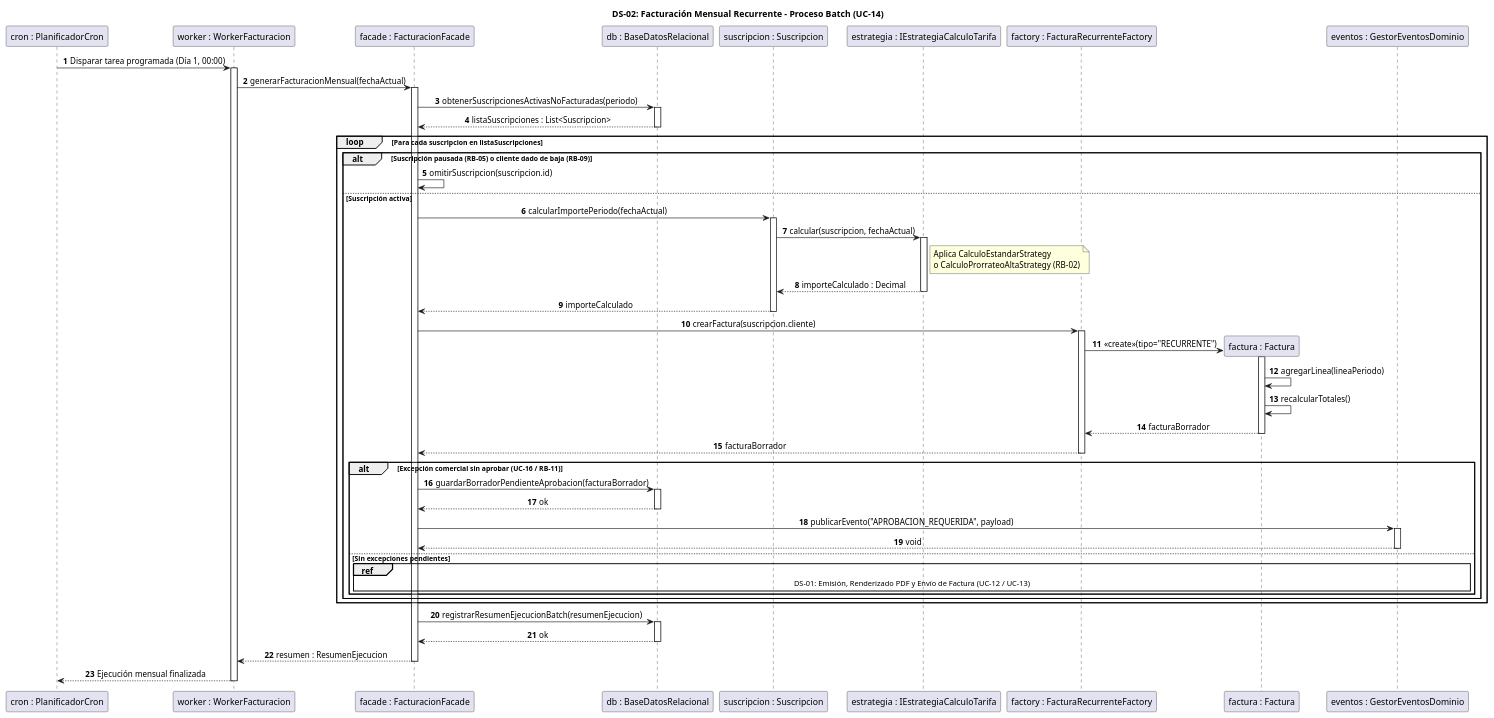
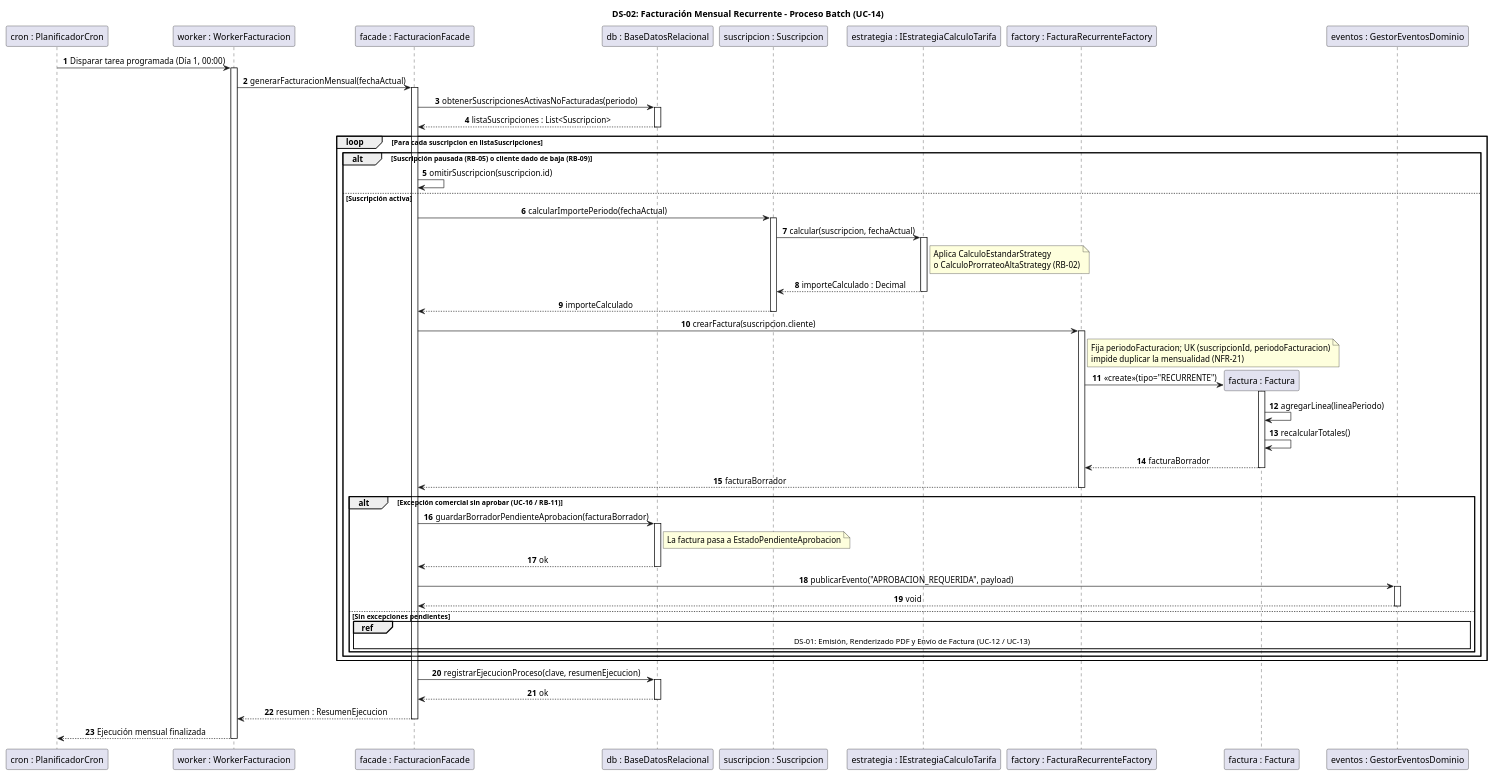
Before and after one commit to pablorv3/Hienitas-ADAP: the diagram in doc/src/diagramas-secuencia/ds-02-facturacion-mesual-recurrente.pu, drawn with PlantUML. The commit also changed 6 other files, not shown here.

First line of the commit message:
Align sequence diagrams with document state and contact model

```diff
--- a/doc/src/diagramas-secuencia/ds-02-facturacion-mesual-recurrente.pu
+++ b/doc/src/diagramas-secuencia/ds-02-facturacion-mesual-recurrente.pu
@@ -1,81 +1,83 @@
 @startuml DS02_Facturacion_Mensual_Recurrente
     autonumber
     skinparam sequenceMessageAlign center
     skinparam responseMessageBelowArrow true
 
     title DS-02: Facturación Mensual Recurrente - Proceso Batch (UC-14)
 
     participant "cron : PlanificadorCron" as Cron
     participant "worker : WorkerFacturacion" as Worker
     participant "facade : FacturacionFacade" as Facade
     participant "db : BaseDatosRelacional" as DB
     participant "suscripcion : Suscripcion" as Sub
     participant "estrategia : IEstrategiaCalculoTarifa" as Strat
     participant "factory : FacturaRecurrenteFactory" as Factory
     participant "factura : Factura" as Fac
     participant "eventos : GestorEventosDominio" as Eventos
 
     Cron -> Worker : Disparar tarea programada (Día 1, 00:00)
     activate Worker
 
     Worker -> Facade : generarFacturacionMensual(fechaActual)
     activate Facade
 
     Facade -> DB : obtenerSuscripcionesActivasNoFacturadas(periodo)
     activate DB
     DB --> Facade : listaSuscripciones : List<Suscripcion>
     deactivate DB
 
     loop Para cada suscripcion en listaSuscripciones
         alt Suscripción pausada (RB-05) o cliente dado de baja (RB-09)
             Facade -> Facade : omitirSuscripcion(suscripcion.id)
         else Suscripción activa
             Facade -> Sub : calcularImportePeriodo(fechaActual)
             activate Sub
             Sub -> Strat : calcular(suscripcion, fechaActual)
             activate Strat
             note right of Strat: Aplica CalculoEstandarStrategy\no CalculoProrrateoAltaStrategy (RB-02)
             Strat --> Sub : importeCalculado : Decimal
             deactivate Strat
             Sub --> Facade : importeCalculado
             deactivate Sub
 
             Facade -> Factory : crearFactura(suscripcion.cliente)
+            note right of Factory: Fija periodoFacturacion; UK (suscripcionId, periodoFacturacion)\nimpide duplicar la mensualidad (NFR-21)
             activate Factory
             create Fac
             Factory -> Fac : <<create>>(tipo="RECURRENTE")
             activate Fac
             Fac -> Fac : agregarLinea(lineaPeriodo)
             Fac -> Fac : recalcularTotales()
             Fac --> Factory : facturaBorrador
             deactivate Fac
             Factory --> Facade : facturaBorrador
             deactivate Factory
 
             alt Excepción comercial sin aprobar (UC-16 / RB-11)
                 Facade -> DB : guardarBorradorPendienteAprobacion(facturaBorrador)
+                note right of DB: La factura pasa a EstadoPendienteAprobacion
                 activate DB
                 DB --> Facade : ok
                 deactivate DB
 
                 Facade -> Eventos : publicarEvento("APROBACION_REQUERIDA", payload)
                 activate Eventos
                 Eventos --> Facade : void
                 deactivate Eventos
             else Sin excepciones pendientes
                 ref over Facade, Fac, Eventos : DS-01: Emisión, Renderizado PDF y Envío de Factura (UC-12 / UC-13)
             end
         end
     end
 
-    Facade -> DB : registrarResumenEjecucionBatch(resumenEjecucion)
+    Facade -> DB : registrarEjecucionProceso(clave, resumenEjecucion)
     activate DB
     DB --> Facade : ok
     deactivate DB
 
     Facade --> Worker : resumen : ResumenEjecucion
     deactivate Facade
 
     Worker --> Cron : Ejecución mensual finalizada
     deactivate Worker
 @enduml
```
